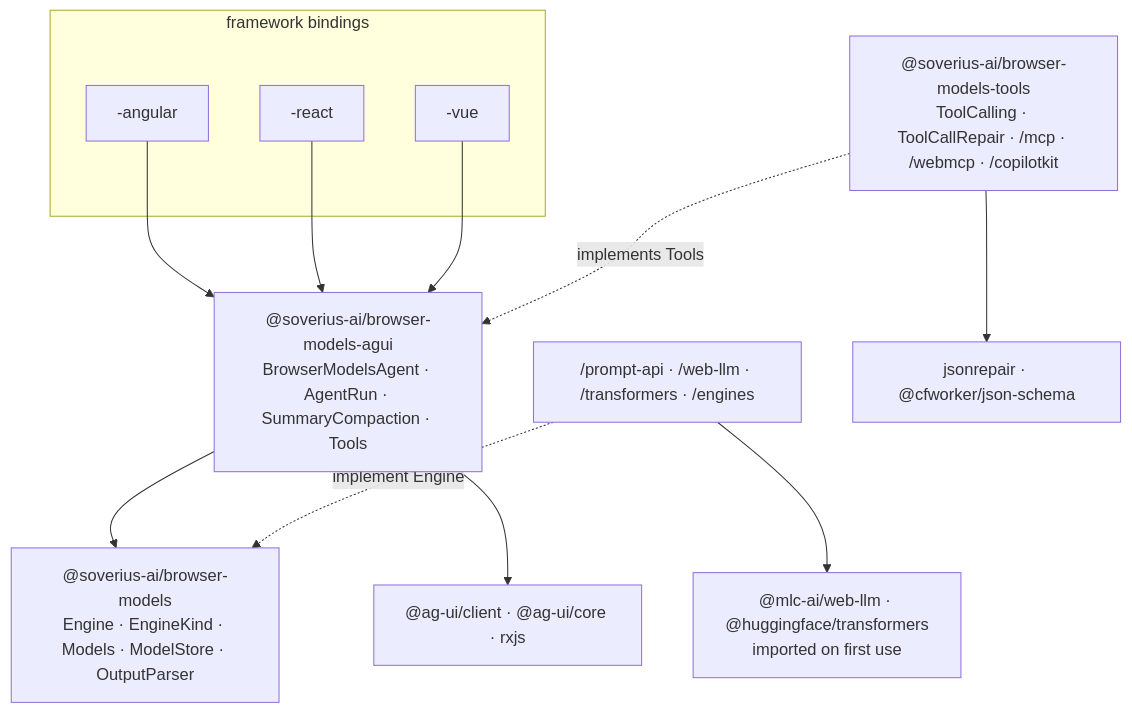
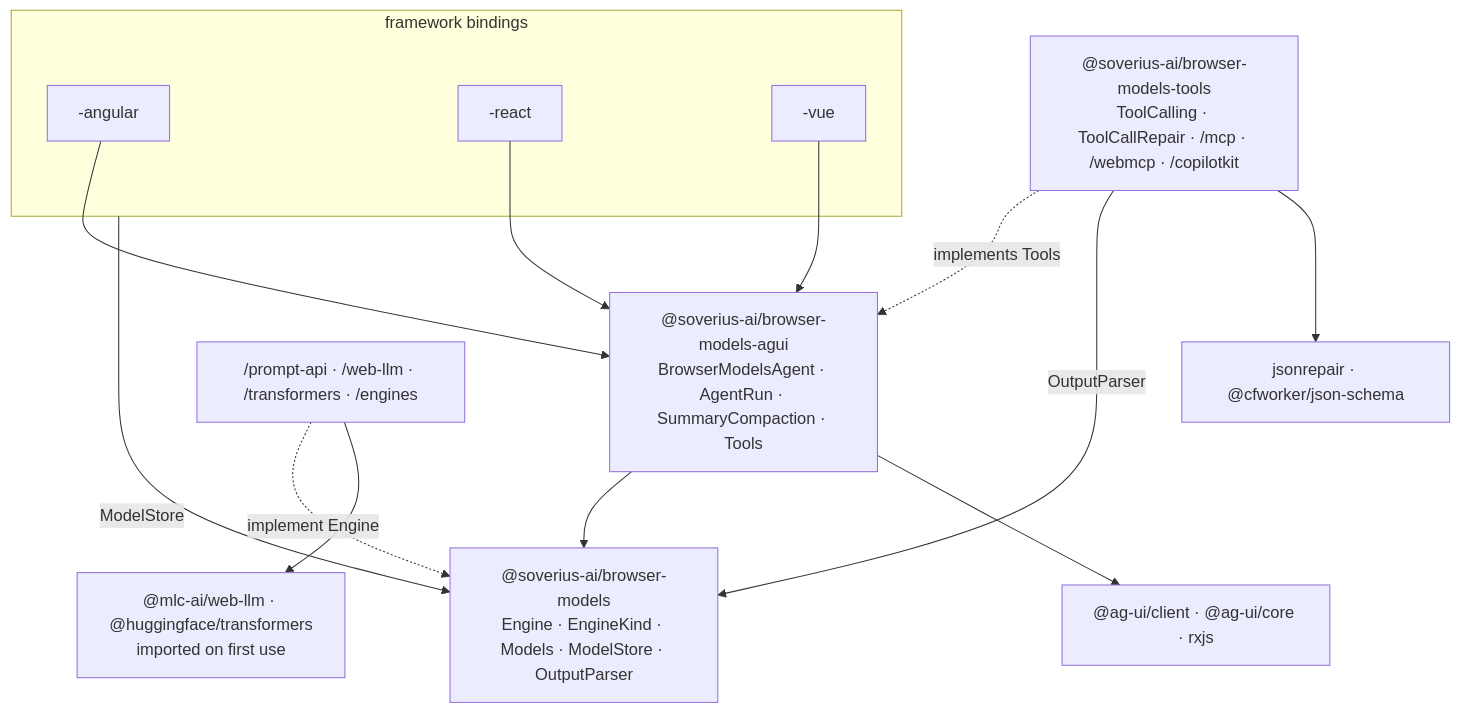
One commit to Soverius-AI/browser-models changed the diagram in apps/docs/docs/architecture/index.md. Above: the diagram before and after it, drawn with Mermaid. The commit also changed other lines of this file and 114 other files, not shown here.

````diff
--- a/apps/docs/docs/architecture/index.md
+++ b/apps/docs/docs/architecture/index.md
@@ -7,21 +9,23 @@
 ```mermaid
 flowchart TB
   subgraph frameworks["framework bindings"]
     angular["-angular"]
     react["-react"]
     vue["-vue"]
   end
   tools["@soverius-ai/browser-models-tools<br/>ToolCalling · ToolCallRepair · /mcp · /webmcp · /copilotkit"]
   agui["@soverius-ai/browser-models-agui<br/>BrowserModelsAgent · AgentRun · SummaryCompaction · Tools"]
   core["@soverius-ai/browser-models<br/>Engine · EngineKind · Models · ModelStore · OutputParser"]
   engines["/prompt-api · /web-llm · /transformers · /engines"]
   angular --> agui
   react --> agui
   vue --> agui
+  frameworks -->|ModelStore| core
   tools -.->|implements Tools| agui
+  tools -->|OutputParser| core
   agui --> core
   engines -.->|implement Engine| core
   agui --> aguiLibs["@ag-ui/client · @ag-ui/core · rxjs"]
   tools --> toolLibs["jsonrepair · @cfworker/json-schema"]
   engines --> engineLibs["@mlc-ai/web-llm · @huggingface/transformers<br/>imported on first use"]
 ```
````
